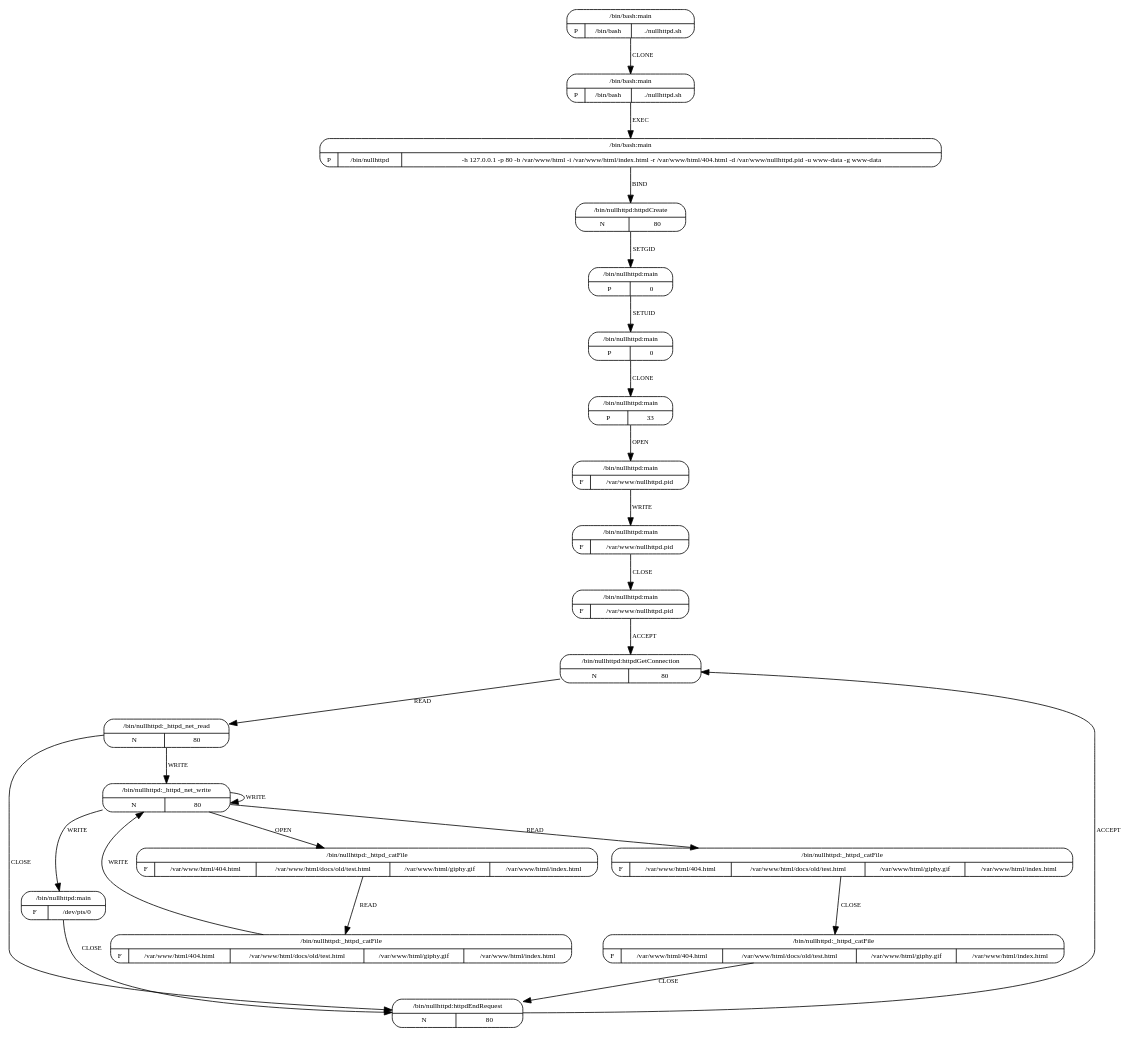
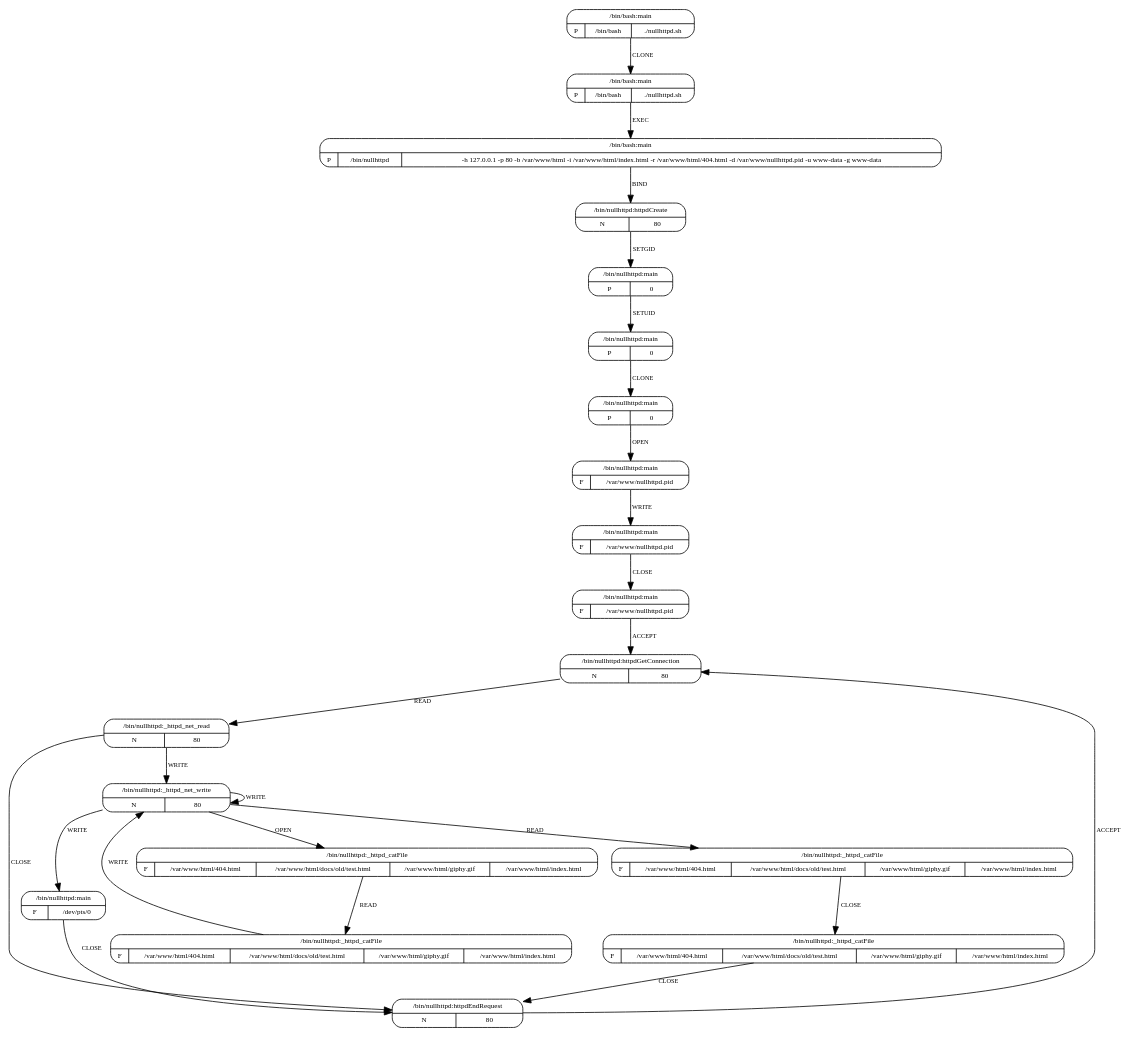
One commit to sysflow-telemetry/upolicycraft changed the diagram in plugins/mrm/resources/models/nullhttpd.dot. Above: the diagram before and after it, drawn with Graphviz. The commit also changed 2 other files, not shown here.

```diff
--- a/plugins/mrm/resources/models/nullhttpd.dot
+++ b/plugins/mrm/resources/models/nullhttpd.dot
@@ -1,67 +1,67 @@
 digraph G {
   3 [shape=Mrecord, label="{{/bin/nullhttpd:httpdCreate}|{N|{80}}}", fontsize=9, ];
   10 [shape=Mrecord, label="{{/bin/nullhttpd:httpdGetConnection}|{N|{80}}}",
       fontsize=9, ];
   12 [shape=Mrecord, label="{{/bin/nullhttpd:_httpd_net_write}|{N|{80}}}",
       fontsize=9, ];
   11 [shape=Mrecord, label="{{/bin/nullhttpd:_httpd_net_read}|{N|{80}}}",
       fontsize=9, ];
   17 [shape=Mrecord,
       label="{{/bin/nullhttpd:_httpd_catFile}|{F|{/var/www/html/404.html}|{/var/www/html/docs/old/test.html}|{/var/www/html/giphy.gif}|{/var/www/html/index.html}}}",
       fontsize=9, ];
   18 [shape=Mrecord,
       label="{{/bin/nullhttpd:_httpd_catFile}|{F|{/var/www/html/404.html}|{/var/www/html/docs/old/test.html}|{/var/www/html/giphy.gif}|{/var/www/html/index.html}}}",
       fontsize=9, ];
   14 [shape=Mrecord,
       label="{{/bin/nullhttpd:_httpd_catFile}|{F|{/var/www/html/404.html}|{/var/www/html/docs/old/test.html}|{/var/www/html/giphy.gif}|{/var/www/html/index.html}}}",
       fontsize=9, ];
   15 [shape=Mrecord,
       label="{{/bin/nullhttpd:_httpd_catFile}|{F|{/var/www/html/404.html}|{/var/www/html/docs/old/test.html}|{/var/www/html/giphy.gif}|{/var/www/html/index.html}}}",
       fontsize=9, ];
   16 [shape=Mrecord, label="{{/bin/nullhttpd:httpdEndRequest}|{N|{80}}}",
       fontsize=9, ];
   13 [shape=Mrecord, label="{{/bin/nullhttpd:main}|{F|{/dev/pts/0}}}",
       fontsize=9, ];
   7 [shape=Mrecord, label="{{/bin/nullhttpd:main}|{F|{/var/www/nullhttpd.pid}}}",
      fontsize=9, ];
   8 [shape=Mrecord, label="{{/bin/nullhttpd:main}|{F|{/var/www/nullhttpd.pid}}}",
      fontsize=9, ];
   9 [shape=Mrecord, label="{{/bin/nullhttpd:main}|{F|{/var/www/nullhttpd.pid}}}",
      fontsize=9, ];
-  6 [shape=Mrecord, label="{{/bin/nullhttpd:main}|{P|33}}", fontsize=9, ];
+  6 [shape=Mrecord, label="{{/bin/nullhttpd:main}|{P|0}}", fontsize=9, ];
   5 [shape=Mrecord, label="{{/bin/nullhttpd:main}|{P|0}}", fontsize=9, ];
   4 [shape=Mrecord, label="{{/bin/nullhttpd:main}|{P|0}}", fontsize=9, ];
   0 [shape=Mrecord, label="{{/bin/bash:main}|{P|/bin/bash|./nullhttpd.sh}}",
      fontsize=9, ];
   1 [shape=Mrecord, label="{{/bin/bash:main}|{P|/bin/bash|./nullhttpd.sh}}",
      fontsize=9, ];
   2 [shape=Mrecord,
      label="{{/bin/bash:main}|{P|/bin/nullhttpd|-h 127.0.0.1 -p 80 -b /var/www/html -i /var/www/html/index.html -r /var/www/html/404.html -d /var/www/nullhttpd.pid -u www-data -g www-data}}",
      fontsize=9, ];
   
   
   3 -> 4 [label="SETGID", fontsize=8, ];
   10 -> 11 [label="READ", fontsize=8, ];
   12 -> 12 [label="WRITE", fontsize=8, ];
   12 -> 17 [label="OPEN", fontsize=8, ];
   12 -> 14 [label="READ", fontsize=8, ];
   12 -> 13 [label="WRITE", fontsize=8, ];
   11 -> 12 [label="WRITE", fontsize=8, ];
   11 -> 16 [label="CLOSE", fontsize=8, ];
   17 -> 18 [label="READ", fontsize=8, ];
   18 -> 12 [label="WRITE", fontsize=8, ];
   14 -> 15 [label="CLOSE", fontsize=8, ];
   15 -> 16 [label="CLOSE", fontsize=8, ];
   16 -> 10 [label="ACCEPT", fontsize=8, ];
   13 -> 16 [label="CLOSE", fontsize=8, ];
   7 -> 8 [label="WRITE", fontsize=8, ];
   8 -> 9 [label="CLOSE", fontsize=8, ];
   9 -> 10 [label="ACCEPT", fontsize=8, ];
   6 -> 7 [label="OPEN", fontsize=8, ];
   5 -> 6 [label="CLONE", fontsize=8, ];
   4 -> 5 [label="SETUID", fontsize=8, ];
   0 -> 1 [label="CLONE", fontsize=8, ];
   1 -> 2 [label="EXEC", fontsize=8, ];
   2 -> 3 [label="BIND", fontsize=8, ];
   
   }
```
